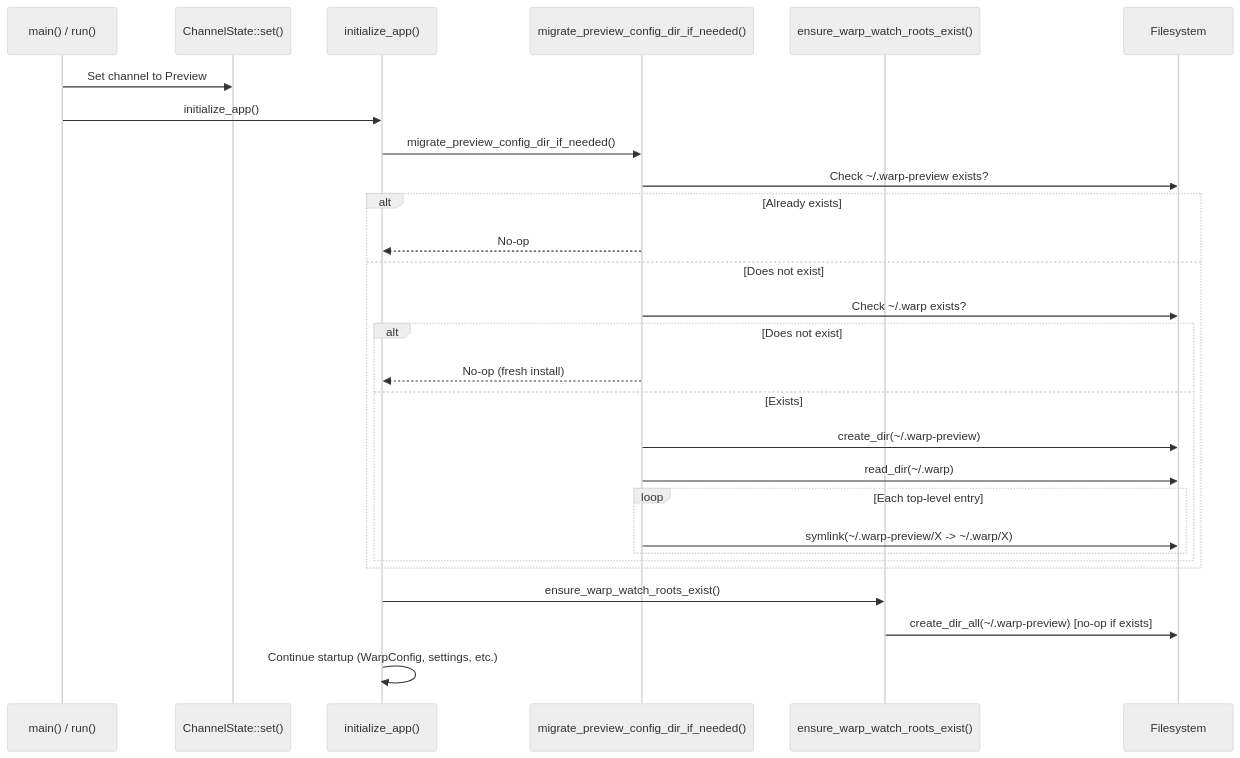
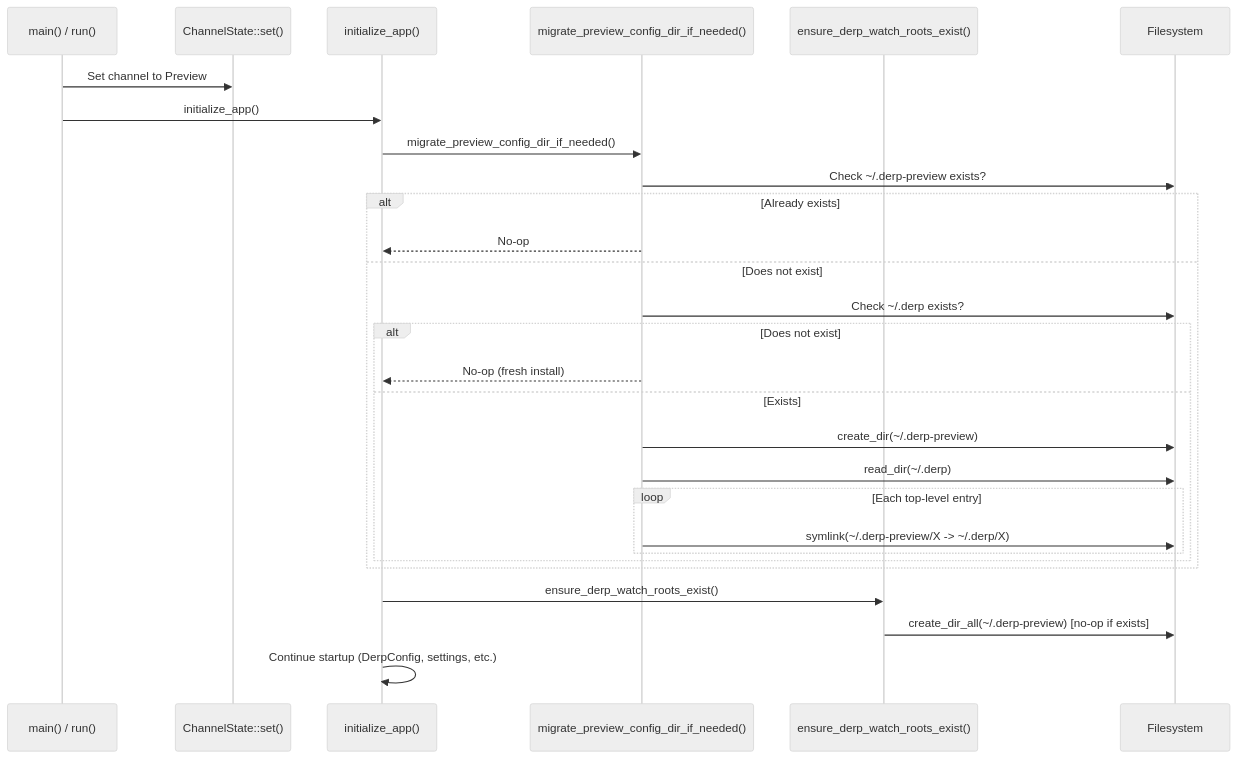
The diagram in specs/QUALITY-408/TECH.md (antikrust/krust-terminal), drawn with Mermaid (neutral theme) before and after one commit. The commit also changed other lines of this file and 9069 other files, not shown here.

First line of the commit message:
Rebrand Warp -> Derp; vendor and disconnect all external deps

````diff
--- a/specs/QUALITY-408/TECH.md
+++ b/specs/QUALITY-408/TECH.md
@@ -81,31 +81,31 @@
 ```mermaid
 sequenceDiagram
     participant Main as main() / run()
     participant CS as ChannelState::set()
     participant Init as initialize_app()
     participant Migrate as migrate_preview_config_dir_if_needed()
-    participant Ensure as ensure_warp_watch_roots_exist()
+    participant Ensure as ensure_derp_watch_roots_exist()
     participant FS as Filesystem
 
     Main->>CS: Set channel to Preview
     Main->>Init: initialize_app()
     Init->>Migrate: migrate_preview_config_dir_if_needed()
-    Migrate->>FS: Check ~/.warp-preview exists?
+    Migrate->>FS: Check ~/.derp-preview exists?
     alt Already exists
         Migrate-->>Init: No-op
     else Does not exist
-        Migrate->>FS: Check ~/.warp exists?
+        Migrate->>FS: Check ~/.derp exists?
         alt Does not exist
             Migrate-->>Init: No-op (fresh install)
         else Exists
-            Migrate->>FS: create_dir(~/.warp-preview)
-            Migrate->>FS: read_dir(~/.warp)
+            Migrate->>FS: create_dir(~/.derp-preview)
+            Migrate->>FS: read_dir(~/.derp)
             loop Each top-level entry
-                Migrate->>FS: symlink(~/.warp-preview/X -> ~/.warp/X)
+                Migrate->>FS: symlink(~/.derp-preview/X -> ~/.derp/X)
             end
         end
     end
-    Init->>Ensure: ensure_warp_watch_roots_exist()
-    Ensure->>FS: create_dir_all(~/.warp-preview) [no-op if exists]
-    Init->>Init: Continue startup (WarpConfig, settings, etc.)
+    Init->>Ensure: ensure_derp_watch_roots_exist()
+    Ensure->>FS: create_dir_all(~/.derp-preview) [no-op if exists]
+    Init->>Init: Continue startup (DerpConfig, settings, etc.)
 ```
````
